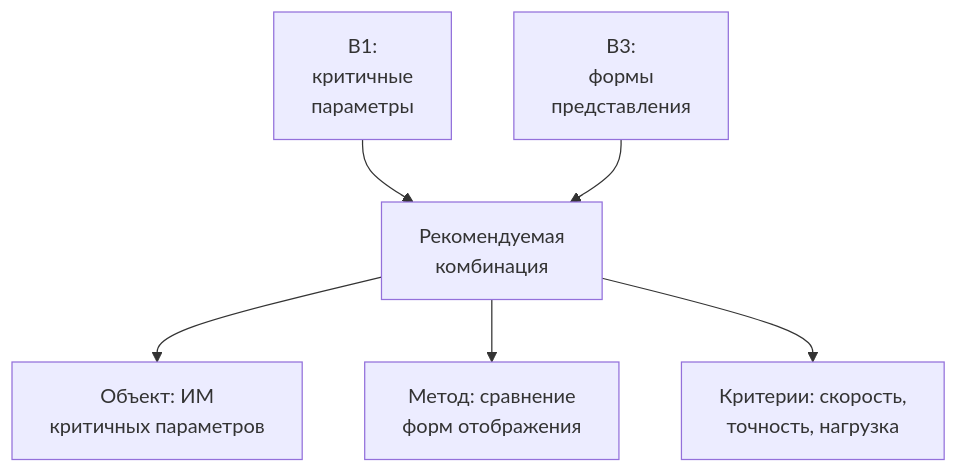
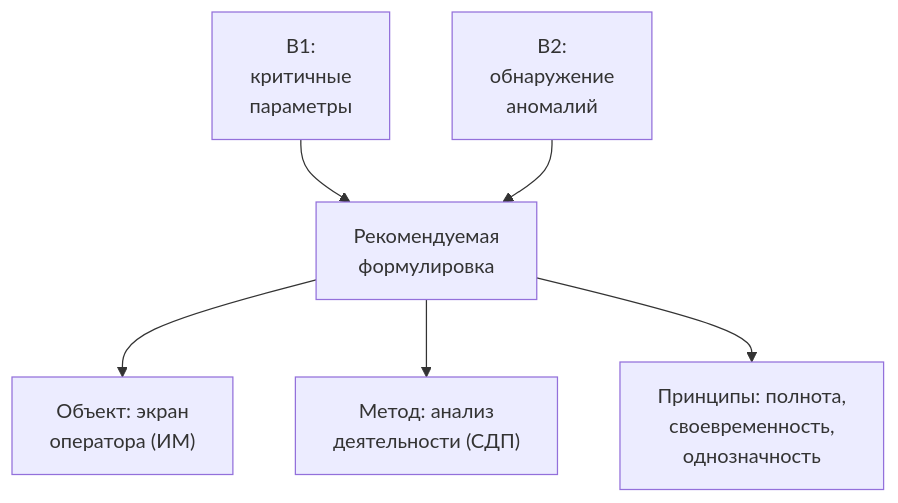
Diagram 12 of 19 in docs/ergonomics-methodology/kr-topic-consultation-report.md (RedAlexDad/WalkingRobotSim), drawn with Mermaid before and after one commit. The commit also changed other lines of this file and 1 other file, not shown here.

First line of the commit message:
docs: переосмыслить тему КР и метод обоснования

````diff
--- a/docs/ergonomics-methodology/kr-topic-consultation-report.md
+++ b/docs/ergonomics-methodology/kr-topic-consultation-report.md
@@ -731,8 +738,8 @@
 ```mermaid
 graph TB
-    B1["В1:<br/>критичные<br/>параметры"] --> R["Рекомендуемая<br/>комбинация"]
-    B3["В3:<br/>формы<br/>представления"] --> R
-    R --> O["Объект: ИМ<br/>критичных параметров"]
-    R --> M["Метод: сравнение<br/>форм отображения"]
-    R --> C["Критерии: скорость,<br/>точность, нагрузка"]
+    B1["В1:<br/>критичные<br/>параметры"] --> R["Рекомендуемая<br/>формулировка"]
+    B2["В2:<br/>обнаружение<br/>аномалий"] --> R
+    R --> O["Объект: экран<br/>оператора (ИМ)"]
+    R --> M["Метод: анализ<br/>деятельности (СДП)"]
+    R --> C["Принципы: полнота,<br/>своевременность,<br/>однозначность"]
 ```
````
